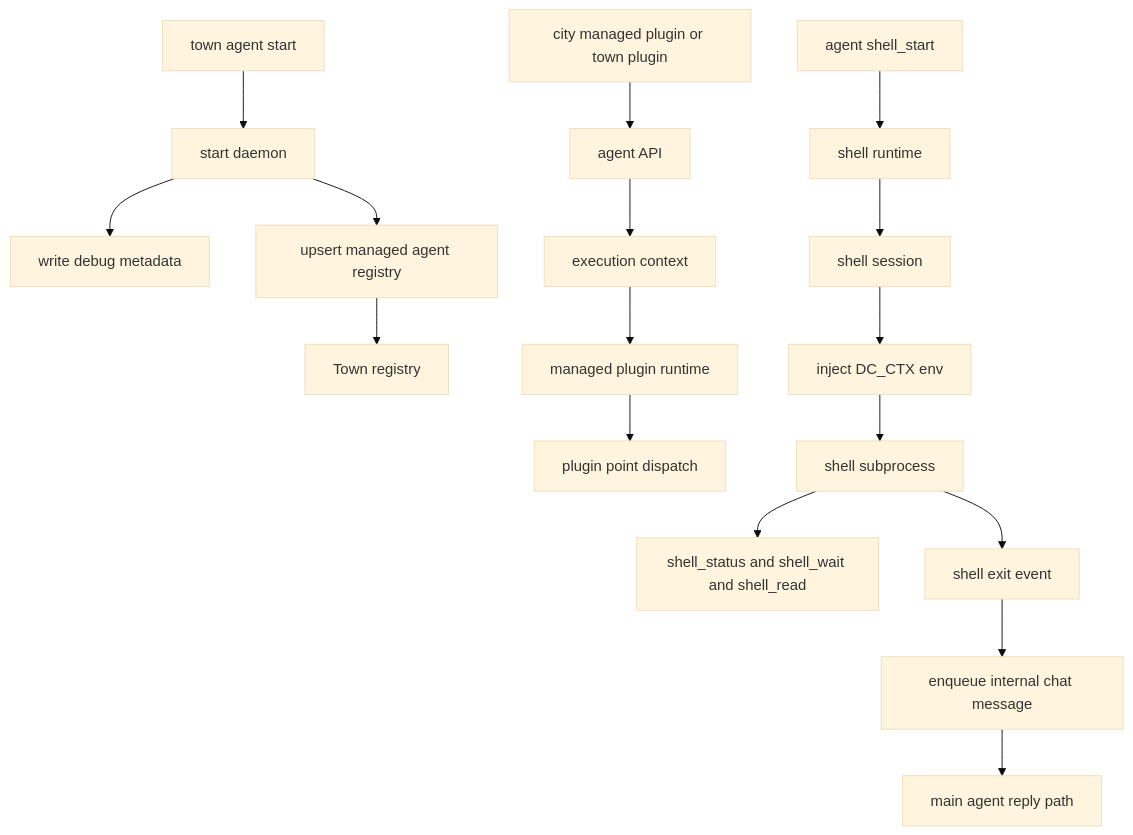
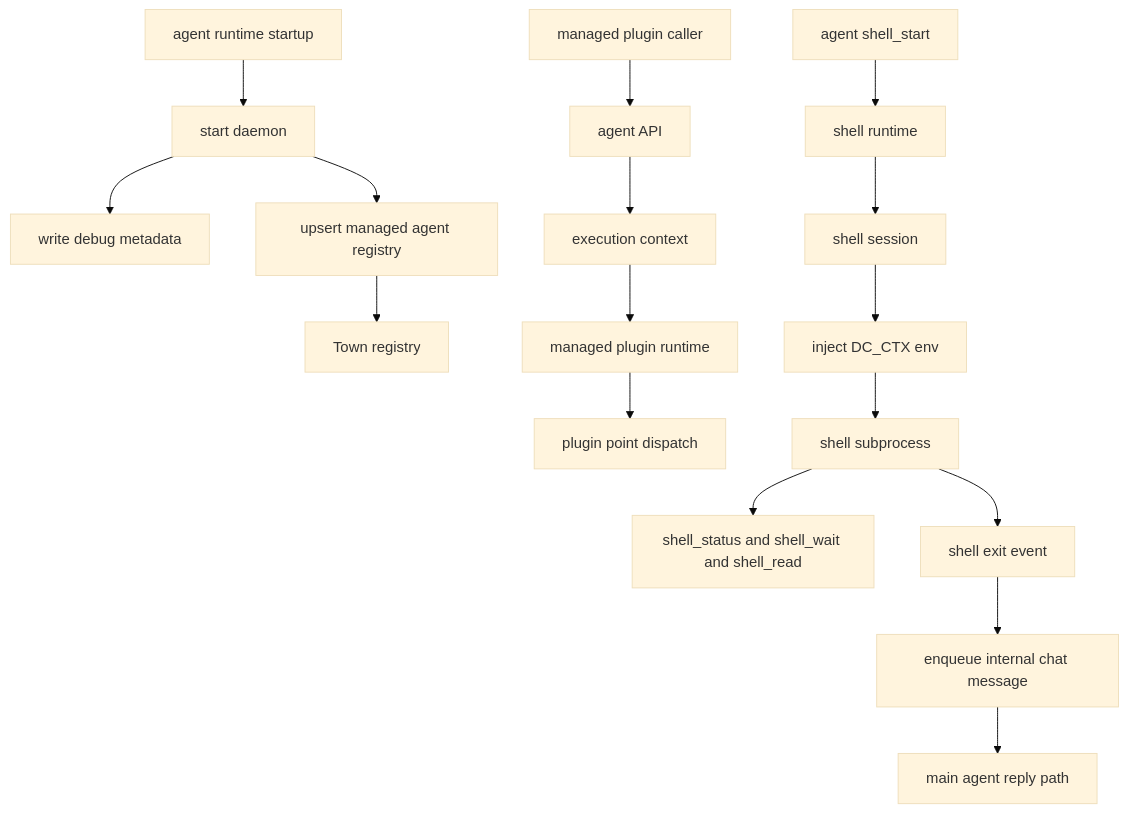
The diagram in homepage/content/docs/en/concepts/console-registration-and-shell-flow.mdx (wangenius/downcity), drawn with Mermaid (base theme) before and after one commit. The commit also changed 48 other files, not shown here.

````diff
--- a/homepage/content/docs/en/concepts/console-registration-and-shell-flow.mdx
+++ b/homepage/content/docs/en/concepts/console-registration-and-shell-flow.mdx
@@ -33,21 +33,21 @@
 ```mermaid
 flowchart TD
-  A["town agent start"] --> B["start daemon"]
+  A["agent runtime startup"] --> B["start daemon"]
   B --> C["write debug metadata"]
   B --> D["upsert managed agent registry"]
   D --> E["Town registry"]
 
-  F["city managed plugin or town plugin"] --> G["agent API"]
+  F["managed plugin caller"] --> G["agent API"]
   G --> H["execution context"]
   H --> I["managed plugin runtime"]
   I --> J["plugin point dispatch"]
 
   L["agent shell_start"] --> M["shell runtime"]
   M --> N["shell session"]
   N --> O["inject DC_CTX env"]
   O --> P["shell subprocess"]
   P --> Q["shell_status and shell_wait and shell_read"]
   P --> R["shell exit event"]
   R --> S["enqueue internal chat message"]
   S --> T["main agent reply path"]
 ```
````
